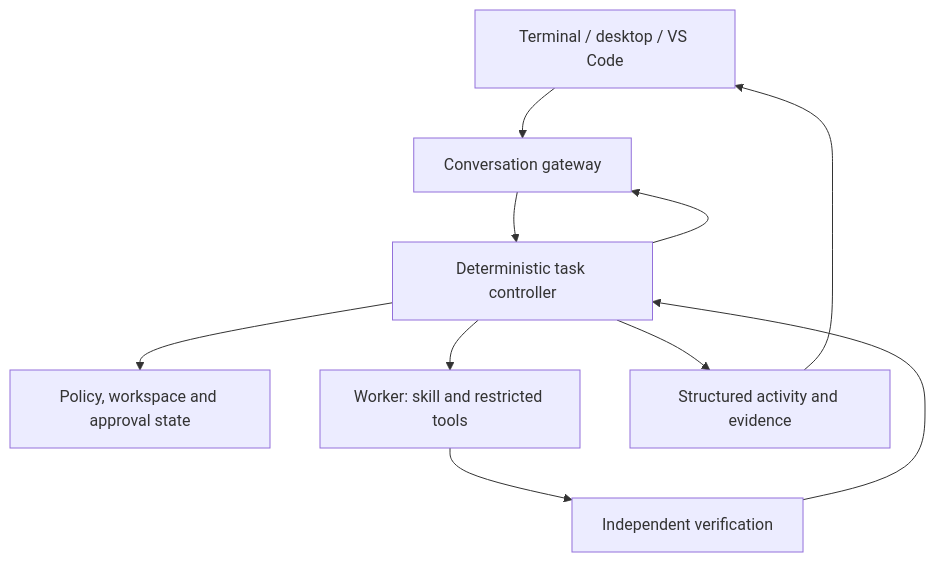
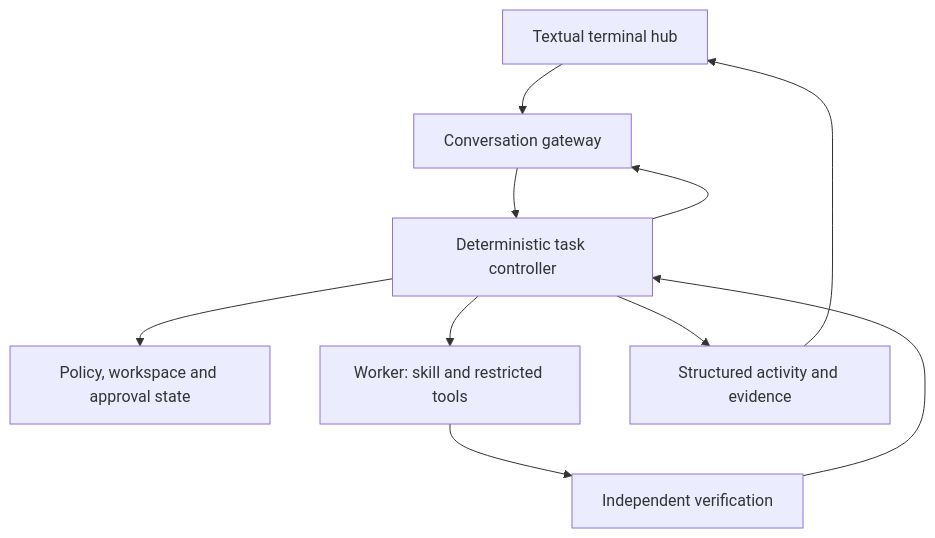
One commit to aidenbarrett/Local-Code-Agent changed the diagram in PROJECT_OVERVIEW.md. Above: the diagram before and after it, drawn with Mermaid. The commit also changed other lines of this file and 11 other files, not shown here.

First line of the commit message:
Specify Textual session hub, typed events and fixed watch job architecture

````diff
--- a/PROJECT_OVERVIEW.md
+++ b/PROJECT_OVERVIEW.md
@@ -22,12 +28,12 @@
 ```mermaid
 flowchart TD
-    UI["Terminal / desktop / VS Code"] --> G["Conversation gateway"]
+    UI["Textual terminal hub"] --> G["Conversation gateway"]
     G --> C["Deterministic task controller"]
     C --> P["Policy, workspace and approval state"]
     C --> W["Worker: skill and restricted tools"]
     W --> V["Independent verification"]
     V --> C
     C --> G
     C --> E["Structured activity and evidence"]
     E --> UI
 ```
````
